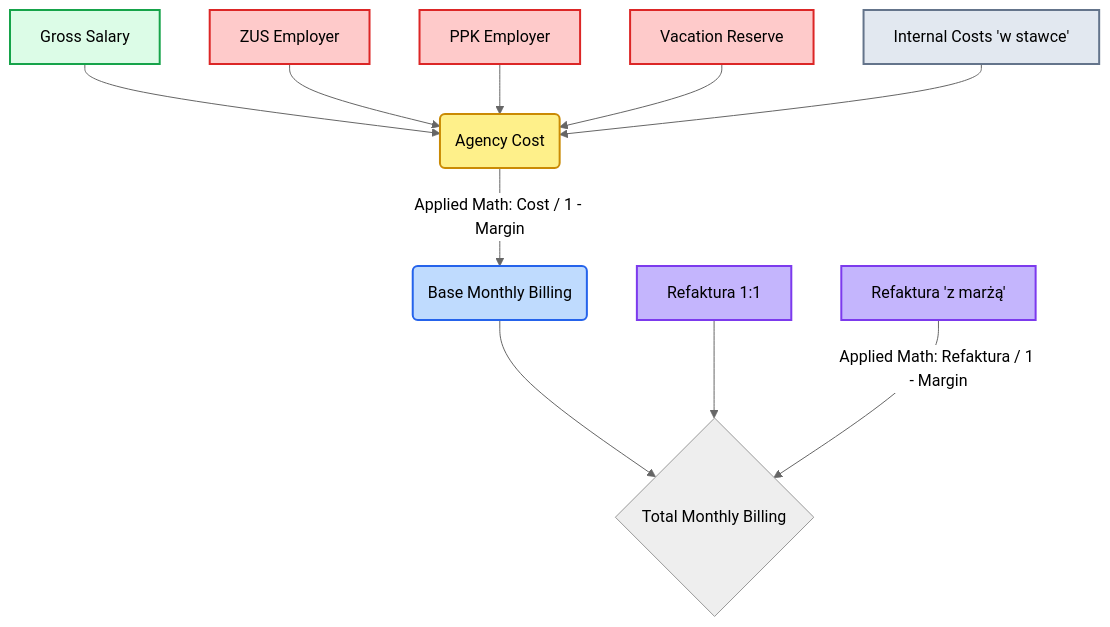
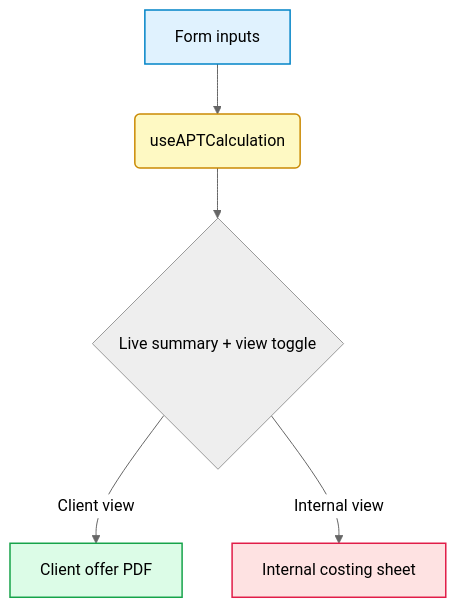
Before and after one commit to dskibickikono-lang/HR-KONO-OFERTA-APT: the second of 2 diagrams in README.md, drawn with Mermaid (neutral theme). The commit also changed other lines of this file, not shown here.

````diff
--- a/README.md
+++ b/README.md
@@ -49,22 +138,12 @@
 ```mermaid
 graph TD;
-    classDef gross fill:#dcfce7,stroke:#16a34a,stroke-width:2px;
-    classDef tax fill:#fecaca,stroke:#dc2626,stroke-width:2px;
-    classDef cost fill:#e2e8f0,stroke:#64748b,stroke-width:2px;
-    classDef agency fill:#fef08a,stroke:#ca8a04,stroke-width:2px;
-    classDef bill fill:#bfdbfe,stroke:#2563eb,stroke-width:2px;
-    classDef refaktura fill:#c4b5fd,stroke:#7c3aed,stroke-width:2px;
+    classDef input fill:#e0f2fe,stroke:#0284c7,stroke-width:1.5px;
+    classDef engine fill:#fef9c3,stroke:#ca8a04,stroke-width:1.5px;
+    classDef output fill:#dcfce7,stroke:#16a34a,stroke-width:1.5px;
+    classDef internal fill:#fee2e2,stroke:#e11d48,stroke-width:1.5px;
 
-    A[Gross Salary]:::gross --> E(Agency Cost);
-    Z[ZUS Employer]:::tax --> E;
-    P[PPK Employer]:::tax --> E;
-    V[Vacation Reserve]:::tax --> E;
-    I[Internal Costs 'w stawce']:::cost --> E;
-
-    E:::agency -->|Applied Math: Cost / 1 - Margin| B(Base Monthly Billing):::bill;
-
-    B --> T{Total Monthly Billing};
-
-    R1[Refaktura 1:1]:::refaktura --> T;
-    R2[Refaktura 'z marżą']:::refaktura -->|Applied Math: Refaktura / 1 - Margin| T;
+    F[Form inputs]:::input --> E(useAPTCalculation):::engine;
+    E --> S{Live summary + view toggle};
+    S -->|Client view| C[Client offer PDF]:::output;
+    S -->|Internal view| O[Internal costing sheet]:::internal;
 ```
````
